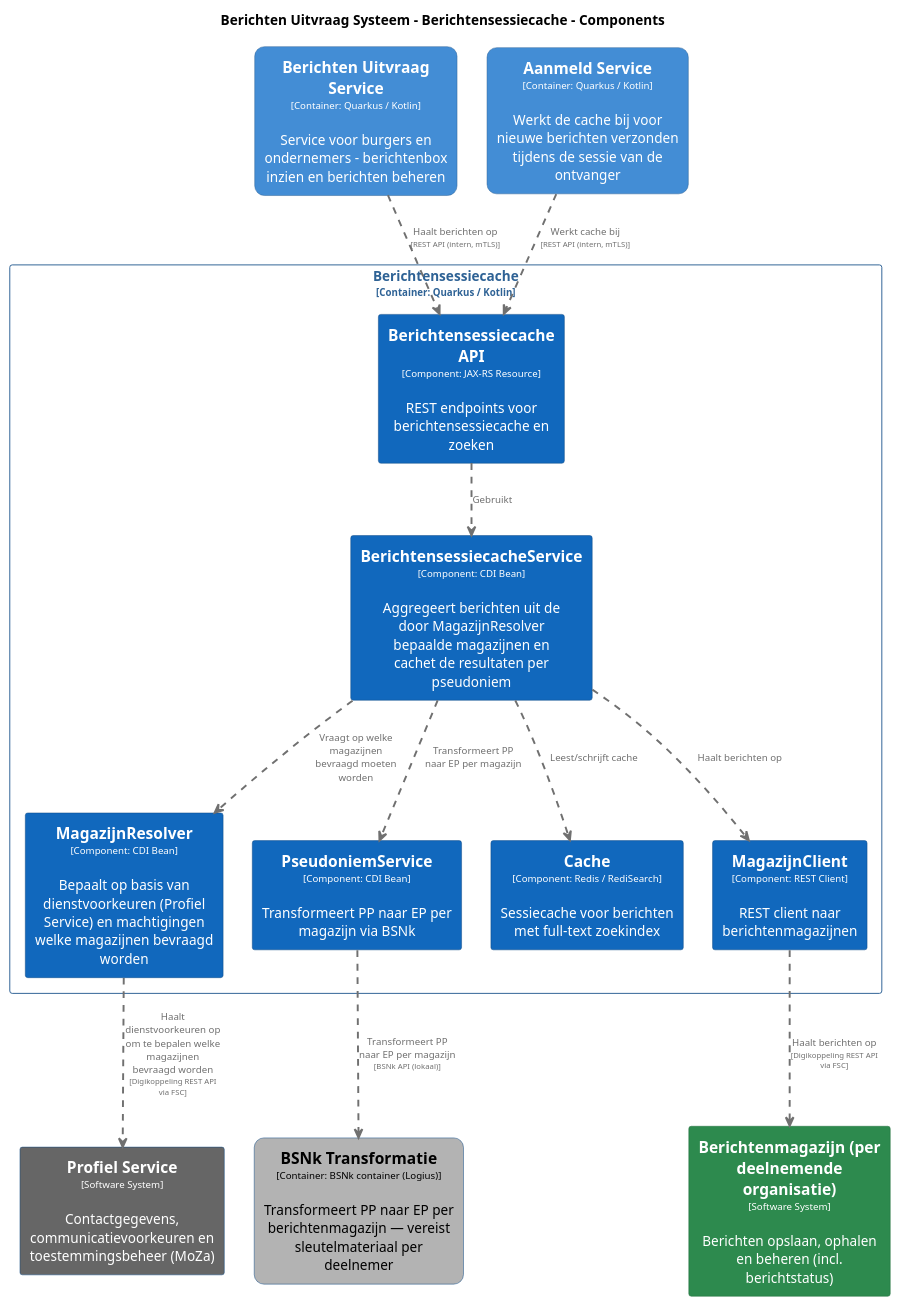
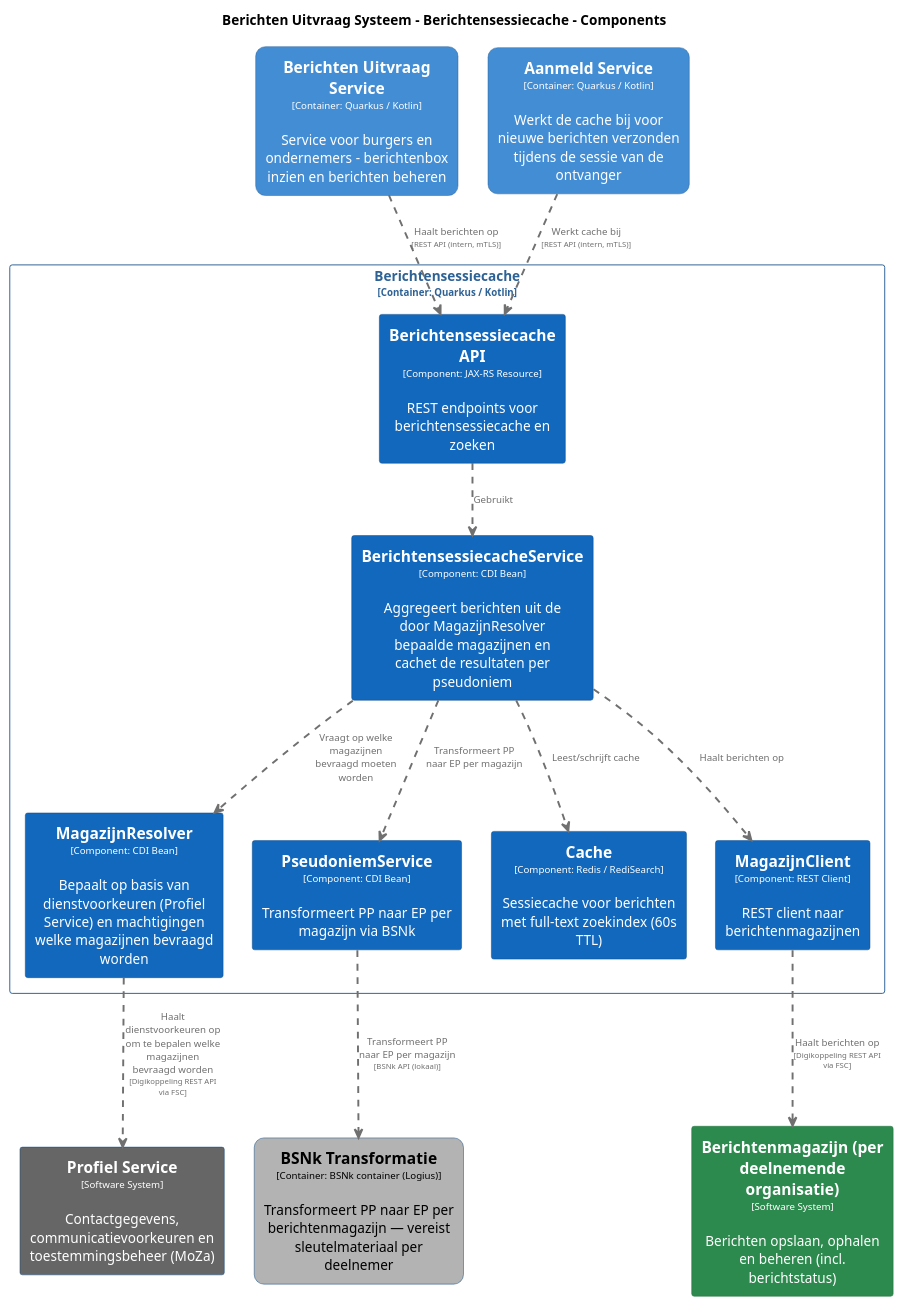
The diagram in pr-preview/pr-22/master/puml/BerichtensessiecacheComponenten.puml (MinBZK/moza-poc-fbs-berichtenbox), drawn with PlantUML before and after one commit. The commit also changed 7 other files, not shown here.

```diff
--- a/pr-preview/pr-22/master/puml/BerichtensessiecacheComponenten.puml
+++ b/pr-preview/pr-22/master/puml/BerichtensessiecacheComponenten.puml
@@ -1,118 +1,118 @@
 @startuml
 set separator none
 title Berichten Uitvraag Systeem - Berichtensessiecache - Components
 
 top to bottom direction
 skinparam ranksep 60
 skinparam nodesep 30
 
 skinparam {
   arrowFontSize 10
   defaultTextAlignment center
   wrapWidth 200
   maxMessageSize 100
 }
 
 hide stereotype
 
 skinparam rectangle<<BerichtenUitvraagSysteem.AanmeldService>> {
   BackgroundColor #438dd5
   FontColor #ffffff
   BorderColor #2e6295
   roundCorner 20
   shadowing false
 }
 skinparam rectangle<<BerichtenUitvraagSysteem.BSNkTransformatie>> {
   BackgroundColor #b3b3b3
   FontColor #000000
   BorderColor #0b4884
   roundCorner 20
   shadowing false
 }
 skinparam rectangle<<BerichtenUitvraagSysteem.BerichtenUitvraagService>> {
   BackgroundColor #438dd5
   FontColor #ffffff
   BorderColor #2e6295
   roundCorner 20
   shadowing false
 }
 skinparam rectangle<<Berichtenmagazijnperdeelnemendeorganisatie>> {
   BackgroundColor #2d8a4e
   FontColor #ffffff
   BorderColor #1e6b38
   shadowing false
 }
 skinparam rectangle<<BerichtenUitvraagSysteem.Berichtensessiecache.BerichtensessiecacheAPI>> {
   BackgroundColor #1168bd
   FontColor #ffffff
   BorderColor #0b4884
   shadowing false
 }
 skinparam rectangle<<BerichtenUitvraagSysteem.Berichtensessiecache.BerichtensessiecacheService>> {
   BackgroundColor #1168bd
   FontColor #ffffff
   BorderColor #0b4884
   shadowing false
 }
 skinparam rectangle<<BerichtenUitvraagSysteem.Berichtensessiecache.Cache>> {
   BackgroundColor #1168bd
   FontColor #ffffff
   BorderColor #0b4884
   shadowing false
 }
 skinparam rectangle<<BerichtenUitvraagSysteem.Berichtensessiecache.MagazijnClient>> {
   BackgroundColor #1168bd
   FontColor #ffffff
   BorderColor #0b4884
   shadowing false
 }
 skinparam rectangle<<BerichtenUitvraagSysteem.Berichtensessiecache.MagazijnResolver>> {
   BackgroundColor #1168bd
   FontColor #ffffff
   BorderColor #0b4884
   shadowing false
 }
 skinparam rectangle<<ProfielService>> {
   BackgroundColor #666666
   FontColor #ffffff
   BorderColor #0b4884
   shadowing false
 }
 skinparam rectangle<<BerichtenUitvraagSysteem.Berichtensessiecache.PseudoniemService>> {
   BackgroundColor #1168bd
   FontColor #ffffff
   BorderColor #0b4884
   shadowing false
 }
 skinparam rectangle<<BerichtenUitvraagSysteem.Berichtensessiecache>> {
   BorderColor #2e6295
   FontColor #2e6295
   shadowing false
 }
 
 rectangle "==Profiel Service\n<size:10>[Software System]</size>\n\nContactgegevens, communicatievoorkeuren en toestemmingsbeheer (MoZa)" <<ProfielService>> as ProfielService
 rectangle "==Berichtenmagazijn (per deelnemende organisatie)\n<size:10>[Software System]</size>\n\nBerichten opslaan, ophalen en beheren (incl. berichtstatus)" <<Berichtenmagazijnperdeelnemendeorganisatie>> as Berichtenmagazijnperdeelnemendeorganisatie
 rectangle "==Berichten Uitvraag Service\n<size:10>[Container: Quarkus / Kotlin]</size>\n\nService voor burgers en ondernemers - berichtenbox inzien en berichten beheren" <<BerichtenUitvraagSysteem.BerichtenUitvraagService>> as BerichtenUitvraagSysteem.BerichtenUitvraagService
 rectangle "==BSNk Transformatie\n<size:10>[Container: BSNk container (Logius)]</size>\n\nTransformeert PP naar EP per berichtenmagazijn — vereist sleutelmateriaal per deelnemer" <<BerichtenUitvraagSysteem.BSNkTransformatie>> as BerichtenUitvraagSysteem.BSNkTransformatie
 rectangle "==Aanmeld Service\n<size:10>[Container: Quarkus / Kotlin]</size>\n\nWerkt de cache bij voor nieuwe berichten verzonden tijdens de sessie van de ontvanger" <<BerichtenUitvraagSysteem.AanmeldService>> as BerichtenUitvraagSysteem.AanmeldService
 
 rectangle "Berichtensessiecache\n<size:10>[Container: Quarkus / Kotlin]</size>" <<BerichtenUitvraagSysteem.Berichtensessiecache>> {
   rectangle "==Berichtensessiecache API\n<size:10>[Component: JAX-RS Resource]</size>\n\nREST endpoints voor berichtensessiecache en zoeken" <<BerichtenUitvraagSysteem.Berichtensessiecache.BerichtensessiecacheAPI>> as BerichtenUitvraagSysteem.Berichtensessiecache.BerichtensessiecacheAPI
   rectangle "==MagazijnResolver\n<size:10>[Component: CDI Bean]</size>\n\nBepaalt op basis van dienstvoorkeuren (Profiel Service) en machtigingen welke magazijnen bevraagd worden" <<BerichtenUitvraagSysteem.Berichtensessiecache.MagazijnResolver>> as BerichtenUitvraagSysteem.Berichtensessiecache.MagazijnResolver
   rectangle "==PseudoniemService\n<size:10>[Component: CDI Bean]</size>\n\nTransformeert PP naar EP per magazijn via BSNk" <<BerichtenUitvraagSysteem.Berichtensessiecache.PseudoniemService>> as BerichtenUitvraagSysteem.Berichtensessiecache.PseudoniemService
   rectangle "==BerichtensessiecacheService\n<size:10>[Component: CDI Bean]</size>\n\nAggregeert berichten uit de door MagazijnResolver bepaalde magazijnen en cachet de resultaten per pseudoniem" <<BerichtenUitvraagSysteem.Berichtensessiecache.BerichtensessiecacheService>> as BerichtenUitvraagSysteem.Berichtensessiecache.BerichtensessiecacheService
-  rectangle "==Cache\n<size:10>[Component: Redis / RediSearch]</size>\n\nSessiecache voor berichten met full-text zoekindex" <<BerichtenUitvraagSysteem.Berichtensessiecache.Cache>> as BerichtenUitvraagSysteem.Berichtensessiecache.Cache
+  rectangle "==Cache\n<size:10>[Component: Redis / RediSearch]</size>\n\nSessiecache voor berichten met full-text zoekindex (60s TTL)" <<BerichtenUitvraagSysteem.Berichtensessiecache.Cache>> as BerichtenUitvraagSysteem.Berichtensessiecache.Cache
   rectangle "==MagazijnClient\n<size:10>[Component: REST Client]</size>\n\nREST client naar berichtenmagazijnen" <<BerichtenUitvraagSysteem.Berichtensessiecache.MagazijnClient>> as BerichtenUitvraagSysteem.Berichtensessiecache.MagazijnClient
 }
 
 BerichtenUitvraagSysteem.Berichtensessiecache.MagazijnResolver .[#707070,thickness=2].> ProfielService : "<color:#707070>Haalt dienstvoorkeuren op om te bepalen welke magazijnen bevraagd worden\n<color:#707070><size:8>[Digikoppeling REST API via FSC]</size>"
 BerichtenUitvraagSysteem.Berichtensessiecache.MagazijnClient .[#707070,thickness=2].> Berichtenmagazijnperdeelnemendeorganisatie : "<color:#707070>Haalt berichten op\n<color:#707070><size:8>[Digikoppeling REST API via FSC]</size>"
 BerichtenUitvraagSysteem.Berichtensessiecache.BerichtensessiecacheAPI .[#707070,thickness=2].> BerichtenUitvraagSysteem.Berichtensessiecache.BerichtensessiecacheService : "<color:#707070>Gebruikt"
 BerichtenUitvraagSysteem.Berichtensessiecache.BerichtensessiecacheService .[#707070,thickness=2].> BerichtenUitvraagSysteem.Berichtensessiecache.MagazijnResolver : "<color:#707070>Vraagt op welke magazijnen bevraagd moeten worden"
 BerichtenUitvraagSysteem.Berichtensessiecache.BerichtensessiecacheService .[#707070,thickness=2].> BerichtenUitvraagSysteem.Berichtensessiecache.PseudoniemService : "<color:#707070>Transformeert PP naar EP per magazijn"
 BerichtenUitvraagSysteem.Berichtensessiecache.BerichtensessiecacheService .[#707070,thickness=2].> BerichtenUitvraagSysteem.Berichtensessiecache.Cache : "<color:#707070>Leest/schrijft cache"
 BerichtenUitvraagSysteem.Berichtensessiecache.BerichtensessiecacheService .[#707070,thickness=2].> BerichtenUitvraagSysteem.Berichtensessiecache.MagazijnClient : "<color:#707070>Haalt berichten op"
 BerichtenUitvraagSysteem.Berichtensessiecache.PseudoniemService .[#707070,thickness=2].> BerichtenUitvraagSysteem.BSNkTransformatie : "<color:#707070>Transformeert PP naar EP per magazijn\n<color:#707070><size:8>[BSNk API (lokaal)]</size>"
 BerichtenUitvraagSysteem.AanmeldService .[#707070,thickness=2].> BerichtenUitvraagSysteem.Berichtensessiecache.BerichtensessiecacheAPI : "<color:#707070>Werkt cache bij\n<color:#707070><size:8>[REST API (intern, mTLS)]</size>"
 BerichtenUitvraagSysteem.BerichtenUitvraagService .[#707070,thickness=2].> BerichtenUitvraagSysteem.Berichtensessiecache.BerichtensessiecacheAPI : "<color:#707070>Haalt berichten op\n<color:#707070><size:8>[REST API (intern, mTLS)]</size>"
 @enduml
```
